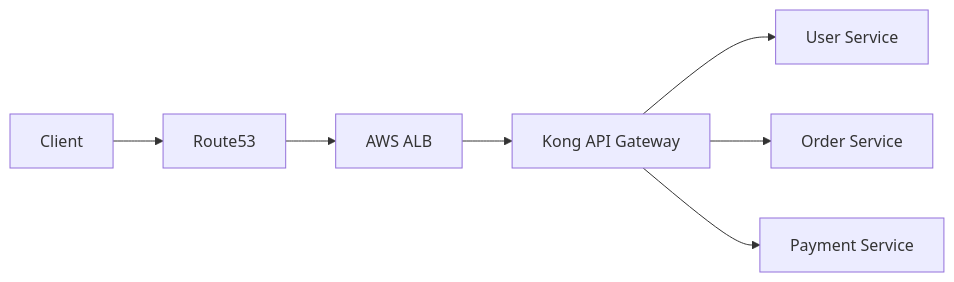
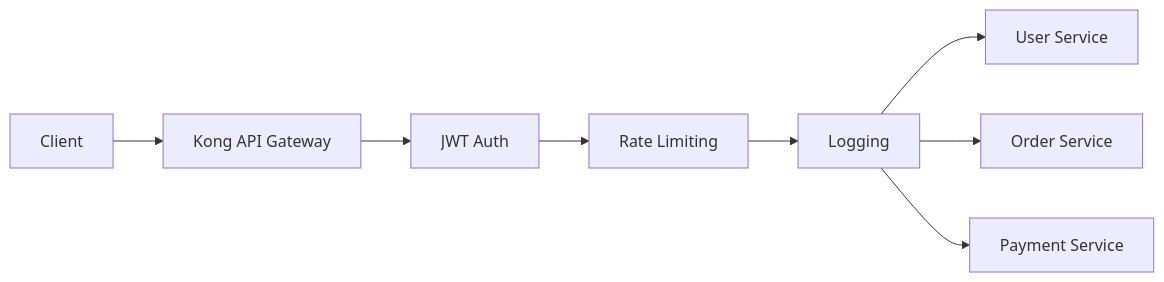
One commit to SyedRehan-cloud/COE-Tasks changed the second of 2 diagrams in KONG-Poc-ReadME.md. Above: the diagram before and after it, drawn with Mermaid. The commit also changed other lines of this file, not shown here.

````diff
--- a/KONG-Poc-ReadME.md
+++ b/KONG-Poc-ReadME.md
@@ -570,15 +413,15 @@
 ```mermaid
 flowchart LR
 
-User["Client"]
+Client["Client"]
 
-User --> DNS["Route53"]
+Client --> Kong["Kong API Gateway"]
 
-DNS --> ALB["AWS ALB"]
+Kong --> JWT["JWT Auth"]
+JWT --> Rate["Rate Limiting"]
+Rate --> Log["Logging"]
 
-ALB --> Kong["Kong API Gateway"]
-
-Kong --> UserSvc["User Service"]
-Kong --> OrderSvc["Order Service"]
-Kong --> PaymentSvc["Payment Service"]
+Log --> User["User Service"]
+Log --> Order["Order Service"]
+Log --> Payment["Payment Service"]
 ```
````
